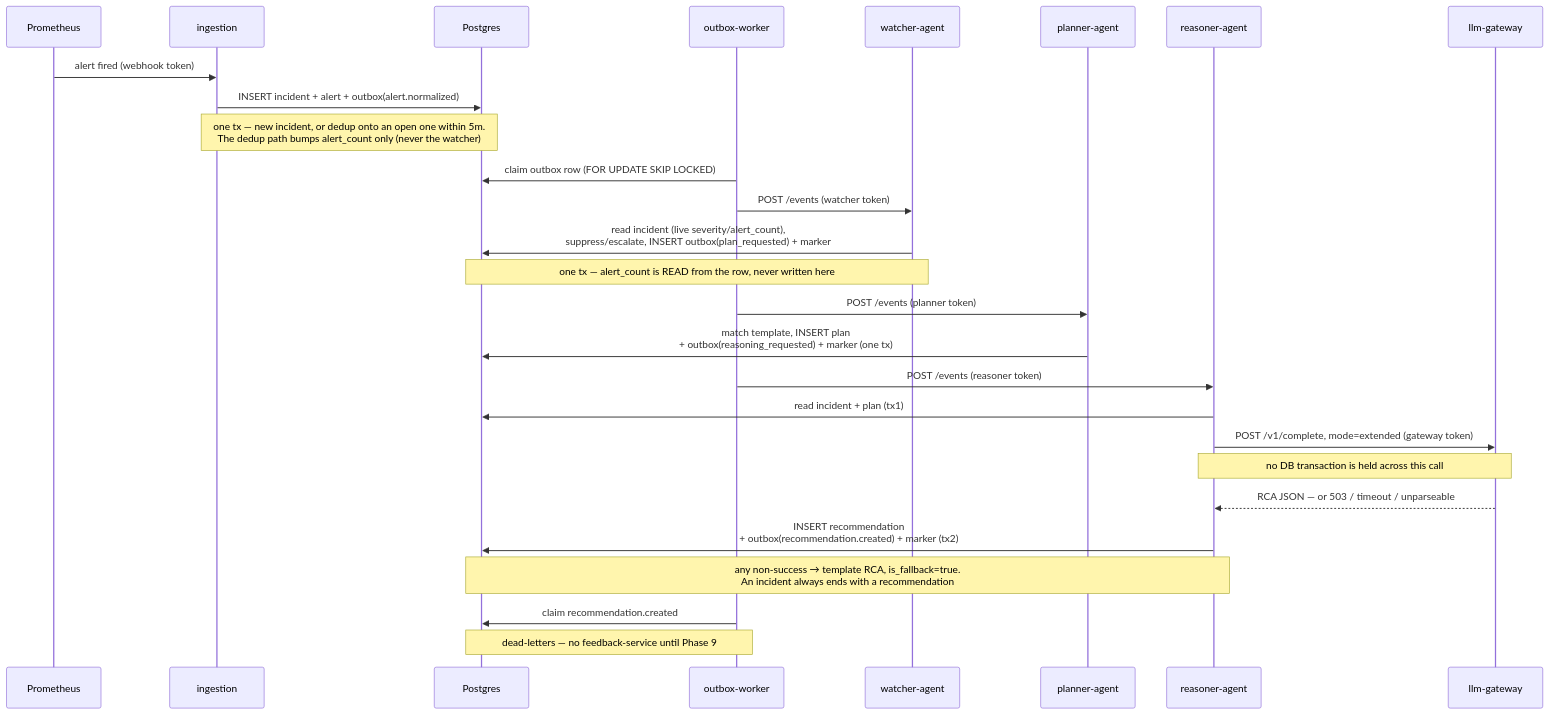
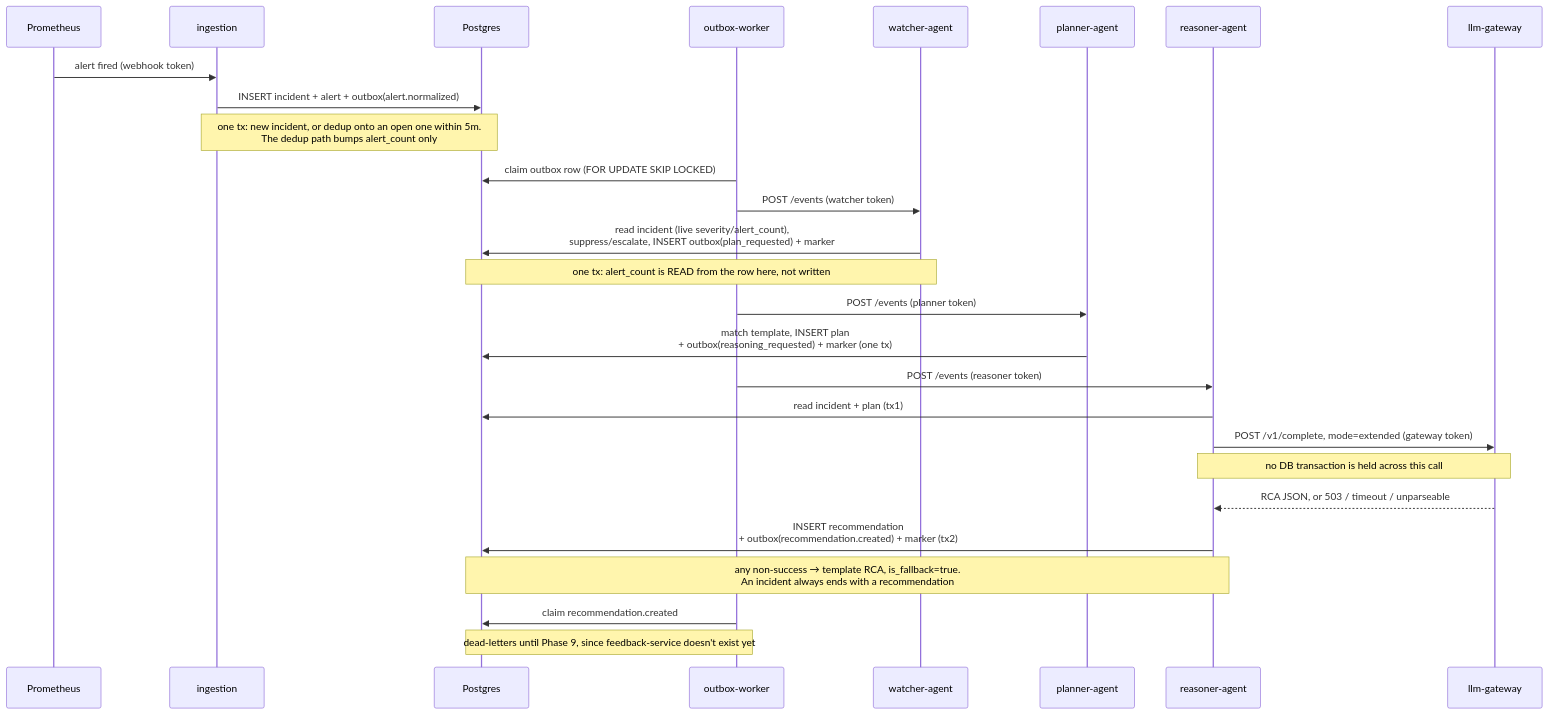
One commit to k-kohli10/radar-system changed the second of 6 diagrams in docs/architecture/sequence-flows.md. Above: the diagram before and after it, drawn with Mermaid. The commit also changed other lines of this file and 2 other files, not shown here.

Commit message:
docs: apply house style to architecture docs

````diff
--- a/docs/architecture/sequence-flows.md
+++ b/docs/architecture/sequence-flows.md
@@ -72,34 +72,34 @@
 ```mermaid
 sequenceDiagram
     participant Prometheus
     participant ingestion
     participant Postgres
     participant outbox as outbox-worker
     participant watcher as watcher-agent
     participant planner as planner-agent
     participant reasoner as reasoner-agent
     participant llm as llm-gateway
 
     Prometheus->>ingestion: alert fired (webhook token)
     ingestion->>Postgres: INSERT incident + alert + outbox(alert.normalized)
-    Note over ingestion,Postgres: one tx — new incident, or dedup onto an open one within 5m.<br/>The dedup path bumps alert_count only (never the watcher)
+    Note over ingestion,Postgres: one tx: new incident, or dedup onto an open one within 5m.<br/>The dedup path bumps alert_count only
 
     outbox->>Postgres: claim outbox row (FOR UPDATE SKIP LOCKED)
     outbox->>watcher: POST /events (watcher token)
     watcher->>Postgres: read incident (live severity/alert_count),<br/>suppress/escalate, INSERT outbox(plan_requested) + marker
-    Note over watcher,Postgres: one tx — alert_count is READ from the row, never written here
+    Note over watcher,Postgres: one tx: alert_count is READ from the row here, not written
 
     outbox->>planner: POST /events (planner token)
     planner->>Postgres: match template, INSERT plan<br/>+ outbox(reasoning_requested) + marker (one tx)
 
     outbox->>reasoner: POST /events (reasoner token)
     reasoner->>Postgres: read incident + plan (tx1)
     reasoner->>llm: POST /v1/complete, mode=extended (gateway token)
     Note over reasoner,llm: no DB transaction is held across this call
-    llm-->>reasoner: RCA JSON — or 503 / timeout / unparseable
+    llm-->>reasoner: RCA JSON, or 503 / timeout / unparseable
     reasoner->>Postgres: INSERT recommendation<br/>+ outbox(recommendation.created) + marker (tx2)
     Note over reasoner,Postgres: any non-success → template RCA, is_fallback=true.<br/>An incident always ends with a recommendation
 
     outbox->>Postgres: claim recommendation.created
-    Note over outbox,Postgres: dead-letters — no feedback-service until Phase 9
+    Note over outbox,Postgres: dead-letters until Phase 9, since feedback-service doesn't exist yet
 ```
````
